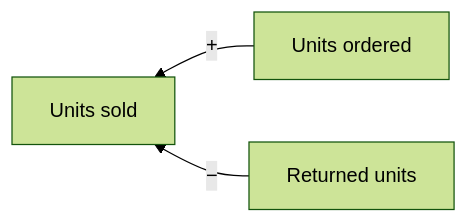
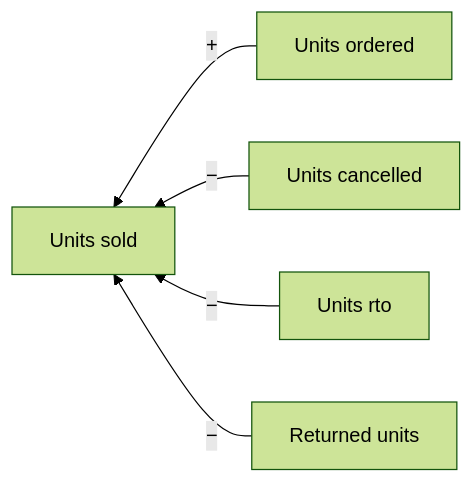
One commit to Tervigon-Collective/Seleric_Agent_Core changed the fourth of 4 diagrams in doc/dependency_graph/DEPENDENCY_GRAPH.md. Above: the diagram before and after it, drawn with Mermaid (forest theme). The commit also changed other lines of this file and 1309 other files, not shown here.

````diff
--- a/doc/dependency_graph/DEPENDENCY_GRAPH.md
+++ b/doc/dependency_graph/DEPENDENCY_GRAPH.md
@@ -293,8 +219,12 @@
 ```mermaid
 flowchart RL
     returned_units["Returned units"]
+    units_cancelled["Units cancelled"]
     units_ordered["Units ordered"]
+    units_rto["Units rto"]
     units_sold["Units sold"]
     units_ordered -- "+" --> units_sold
+    units_cancelled -- "−" --> units_sold
+    units_rto -- "−" --> units_sold
     returned_units -- "−" --> units_sold
 ```
````
